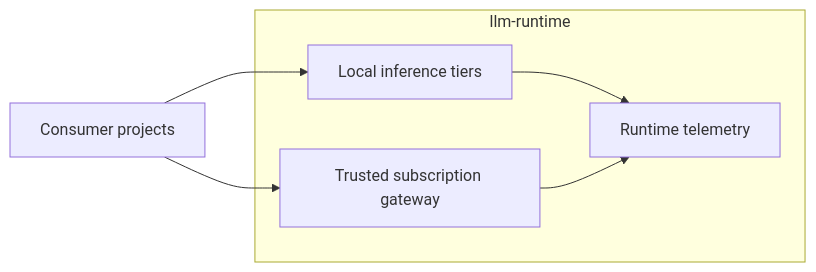
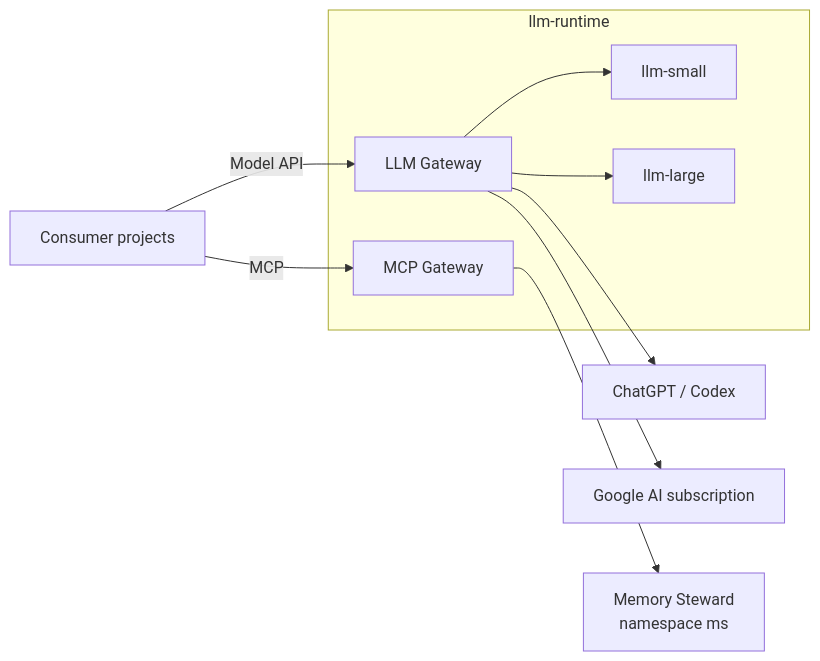
Before and after one commit to homel-dev/llm-runtime: the diagram in docs/01_overview.md, drawn with Mermaid. The commit also changed other lines of this file and 17 other files, not shown here.

````diff
--- a/docs/01_overview.md
+++ b/docs/01_overview.md
@@ -109,15 +108,24 @@
 ```mermaid
 flowchart LR
     C[Consumer projects]
 
-    subgraph NS[llm-runtime]
-        S[Local inference tiers]
-        G[Trusted subscription gateway]
-        T[Runtime telemetry]
+    subgraph LRUNTIME[llm-runtime]
+        G[LLM Gateway]
+        S[llm-small]
+        L[llm-large]
+        M[MCP Gateway]
     end
 
-    C --> S
-    C --> G
-    S --> T
-    G --> T
+    P1[ChatGPT / Codex]
+    P2[Google AI subscription]
+    MS[Memory Steward<br/>namespace ms]
+
+    C -->|Model API| G
+    G --> S
+    G --> L
+    G --> P1
+    G --> P2
+
+    C -->|MCP| M
+    M --> MS
 ```
````
